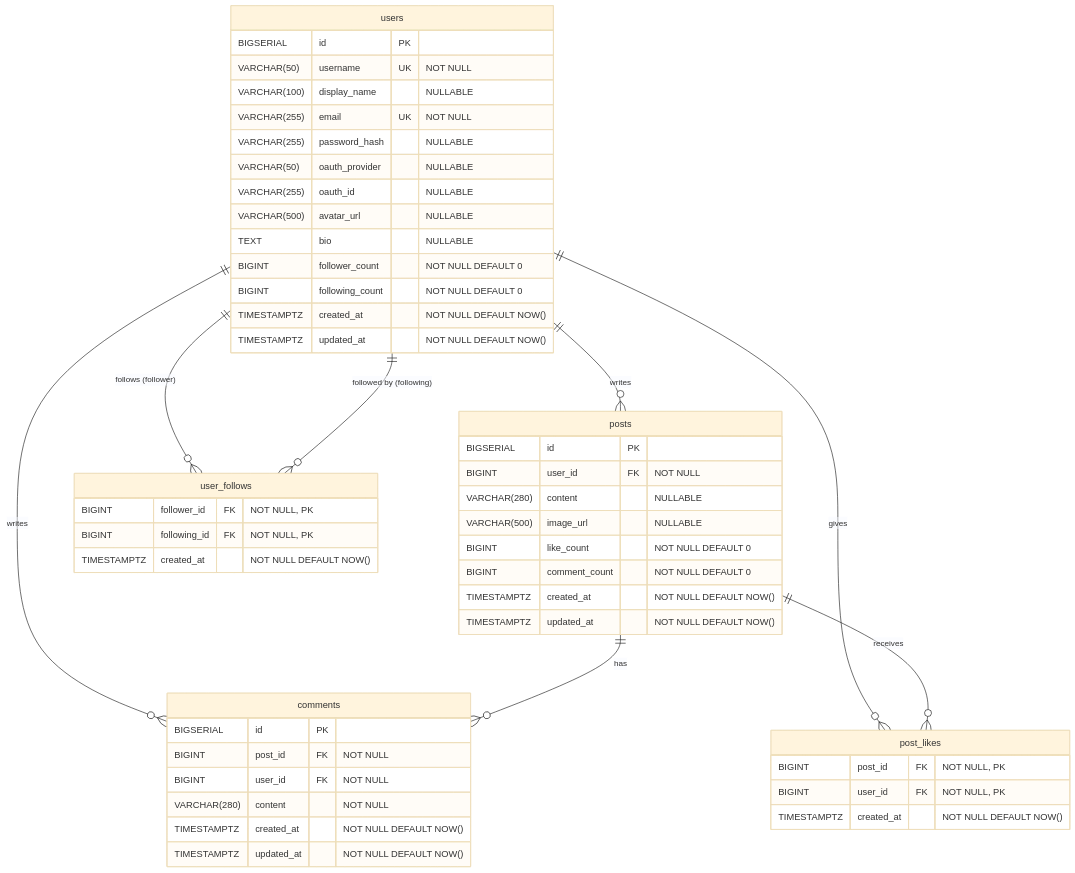
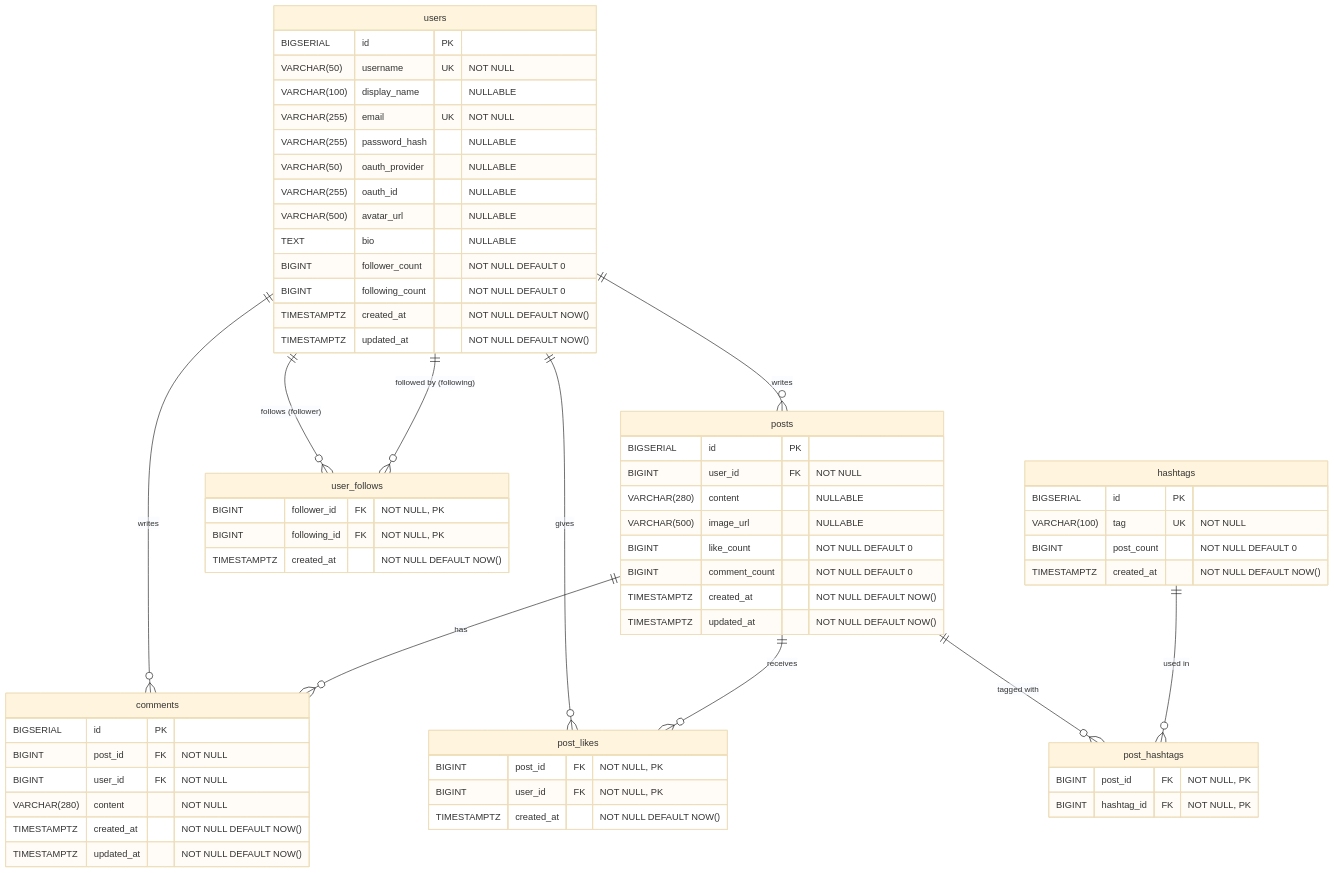
The diagram in docs/DB設計書.md (saki-nakata/TimeLine), drawn with Mermaid (base theme) before and after one commit. The commit also changed other lines of this file and 36 other files, not shown here.

````diff
--- a/docs/DB設計書.md
+++ b/docs/DB設計書.md
@@ -28,58 +28,72 @@
 ```mermaid
 erDiagram
     users {
         BIGSERIAL id PK
         VARCHAR(50) username UK "NOT NULL"
         VARCHAR(100) display_name "NULLABLE"
         VARCHAR(255) email UK "NOT NULL"
         VARCHAR(255) password_hash "NULLABLE"
         VARCHAR(50) oauth_provider "NULLABLE"
         VARCHAR(255) oauth_id "NULLABLE"
         VARCHAR(500) avatar_url "NULLABLE"
         TEXT bio "NULLABLE"
         BIGINT follower_count "NOT NULL DEFAULT 0"
         BIGINT following_count "NOT NULL DEFAULT 0"
         TIMESTAMPTZ created_at "NOT NULL DEFAULT NOW()"
         TIMESTAMPTZ updated_at "NOT NULL DEFAULT NOW()"
     }
 
     posts {
         BIGSERIAL id PK
         BIGINT user_id FK "NOT NULL"
         VARCHAR(280) content "NULLABLE"
         VARCHAR(500) image_url "NULLABLE"
         BIGINT like_count "NOT NULL DEFAULT 0"
         BIGINT comment_count "NOT NULL DEFAULT 0"
         TIMESTAMPTZ created_at "NOT NULL DEFAULT NOW()"
         TIMESTAMPTZ updated_at "NOT NULL DEFAULT NOW()"
     }
 
     comments {
         BIGSERIAL id PK
         BIGINT post_id FK "NOT NULL"
         BIGINT user_id FK "NOT NULL"
         VARCHAR(280) content "NOT NULL"
         TIMESTAMPTZ created_at "NOT NULL DEFAULT NOW()"
         TIMESTAMPTZ updated_at "NOT NULL DEFAULT NOW()"
     }
 
     post_likes {
         BIGINT post_id FK "NOT NULL, PK"
         BIGINT user_id FK "NOT NULL, PK"
         TIMESTAMPTZ created_at "NOT NULL DEFAULT NOW()"
     }
 
     user_follows {
         BIGINT follower_id FK "NOT NULL, PK"
         BIGINT following_id FK "NOT NULL, PK"
         TIMESTAMPTZ created_at "NOT NULL DEFAULT NOW()"
     }
 
+    hashtags {
+        BIGSERIAL id PK
+        VARCHAR(100) tag UK "NOT NULL"
+        BIGINT post_count "NOT NULL DEFAULT 0"
+        TIMESTAMPTZ created_at "NOT NULL DEFAULT NOW()"
+    }
+
+    post_hashtags {
+        BIGINT post_id FK "NOT NULL, PK"
+        BIGINT hashtag_id FK "NOT NULL, PK"
+    }
+
     users ||--o{ posts : "writes"
     users ||--o{ comments : "writes"
     users ||--o{ post_likes : "gives"
     users ||--o{ user_follows : "follows (follower)"
     users ||--o{ user_follows : "followed by (following)"
     posts ||--o{ comments : "has"
     posts ||--o{ post_likes : "receives"
+    posts ||--o{ post_hashtags : "tagged with"
+    hashtags ||--o{ post_hashtags : "used in"
 ```
````
